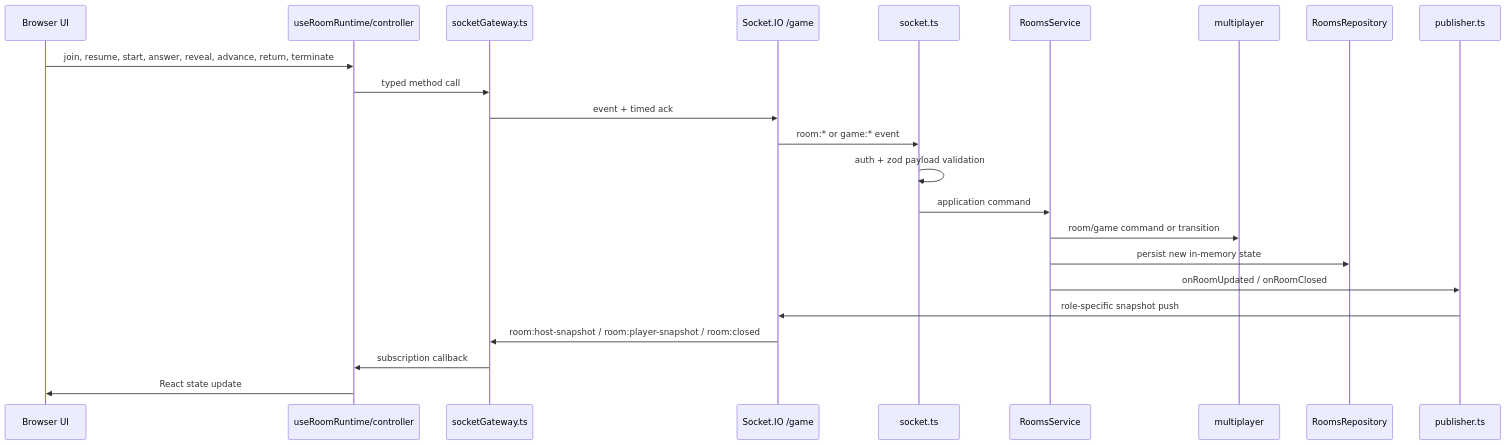
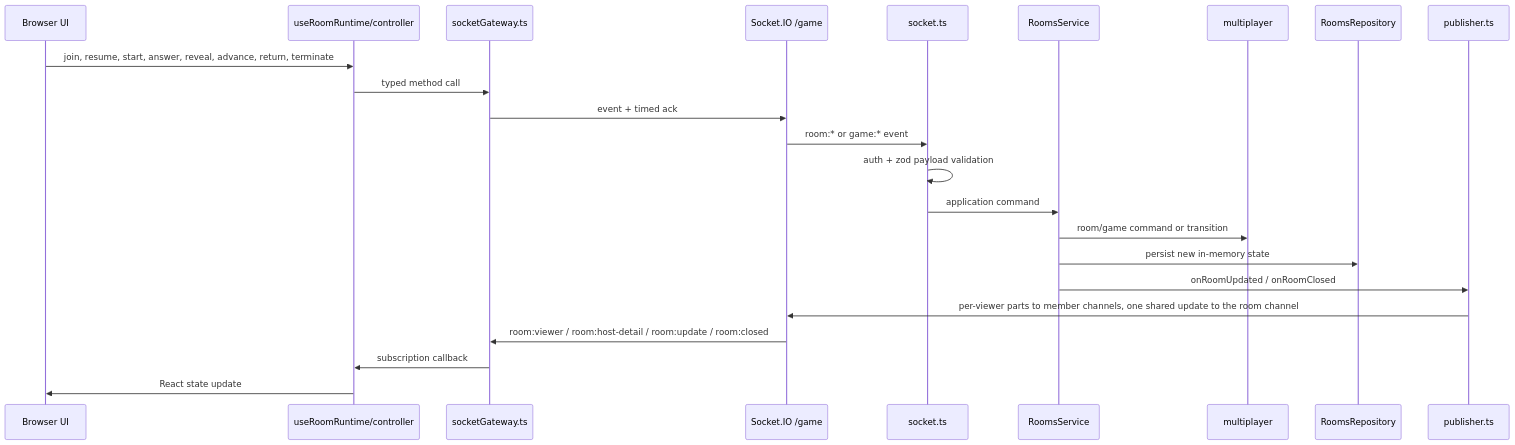
One commit to atamuratov07/georally-game changed the second of 6 diagrams in docs/architecture/multiplayer.md. Above: the diagram before and after it, drawn with Mermaid. The commit also changed other lines of this file and 3 other files, not shown here.

Commit message:
docs: describe room updates, room channels and the server clock

````diff
--- a/docs/architecture/multiplayer.md
+++ b/docs/architecture/multiplayer.md
@@ -62,26 +62,26 @@
 ```mermaid
 sequenceDiagram
     participant UI as Browser UI
     participant Runtime as useRoomRuntime/controller
     participant Gateway as socketGateway.ts
     participant Socket as Socket.IO /game
     participant Handlers as socket.ts
     participant Service as RoomsService
     participant Domain as multiplayer
     participant Repo as RoomsRepository
     participant Publisher as publisher.ts
 
     UI->>Runtime: join, resume, start, answer, reveal, advance, return, terminate
     Runtime->>Gateway: typed method call
     Gateway->>Socket: event + timed ack
     Socket->>Handlers: room:* or game:* event
     Handlers->>Handlers: auth + zod payload validation
     Handlers->>Service: application command
     Service->>Domain: room/game command or transition
     Service->>Repo: persist new in-memory state
     Service->>Publisher: onRoomUpdated / onRoomClosed
-    Publisher->>Socket: role-specific snapshot push
-    Socket->>Gateway: room:host-snapshot / room:player-snapshot / room:closed
+    Publisher->>Socket: per-viewer parts to member channels, one shared update to the room channel
+    Socket->>Gateway: room:viewer / room:host-detail / room:update / room:closed
     Gateway->>Runtime: subscription callback
     Runtime->>UI: React state update
 ```
````
